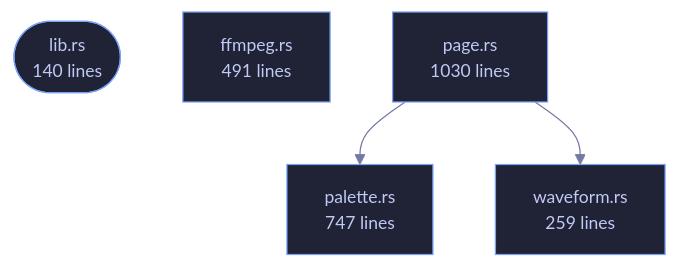
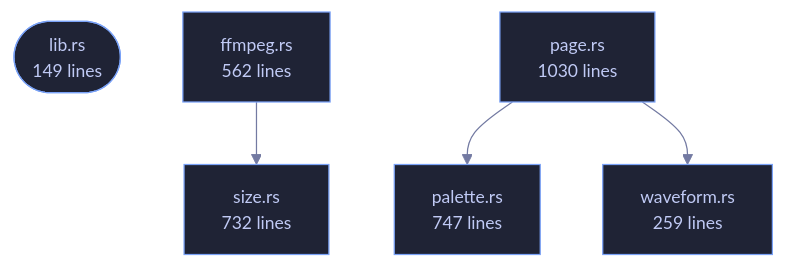
One commit to tilas01/veilvoice changed the diagram in crates/veilvoice-video/README.md. Above: the diagram before and after it, drawn with Mermaid. The commit also changed other lines of this file and 51 other files, not shown here.

First line of the commit message:
video: a frame size that is a setting, and a frame rate up to sixty

````diff
--- a/crates/veilvoice-video/README.md
+++ b/crates/veilvoice-video/README.md
@@ -90,16 +90,19 @@
 ```mermaid
 %%{init: {"theme":"base","themeVariables":{"background":"#1a1b26","primaryColor":"#1f2335","primaryTextColor":"#c0caf5","primaryBorderColor":"#7aa2f7","secondaryColor":"#16161e","tertiaryColor":"#16161e","lineColor":"#737aa2","textColor":"#c0caf5","mainBkg":"#1f2335","nodeBorder":"#7aa2f7","clusterBkg":"#16161e","clusterBorder":"#2f3549","fontFamily":"ui-monospace, SFMono-Regular, Consolas, monospace","fontSize":"14px"}}}%%
 flowchart TD
-    n_lib(["lib.rs<br/>140 lines"])
-    n_ffmpeg["ffmpeg.rs<br/>491 lines"]
+    n_lib(["lib.rs<br/>149 lines"])
+    n_ffmpeg["ffmpeg.rs<br/>562 lines"]
     n_page["page.rs<br/>1030 lines"]
     n_palette["palette.rs<br/>747 lines"]
+    n_size["size.rs<br/>732 lines"]
     n_waveform["waveform.rs<br/>259 lines"]
+    n_ffmpeg --> n_size
     n_page --> n_palette
     n_page --> n_waveform
     click n_lib href "https://github.com/tilas01/veilvoice/blob/main/crates/veilvoice-video/src/lib.rs" "open the source"
     click n_ffmpeg href "https://github.com/tilas01/veilvoice/blob/main/crates/veilvoice-video/src/ffmpeg.rs" "open the source"
     click n_page href "https://github.com/tilas01/veilvoice/blob/main/crates/veilvoice-video/src/page.rs" "open the source"
     click n_palette href "https://github.com/tilas01/veilvoice/blob/main/crates/veilvoice-video/src/palette.rs" "open the source"
+    click n_size href "https://github.com/tilas01/veilvoice/blob/main/crates/veilvoice-video/src/size.rs" "open the source"
     click n_waveform href "https://github.com/tilas01/veilvoice/blob/main/crates/veilvoice-video/src/waveform.rs" "open the source"
 ```
````
